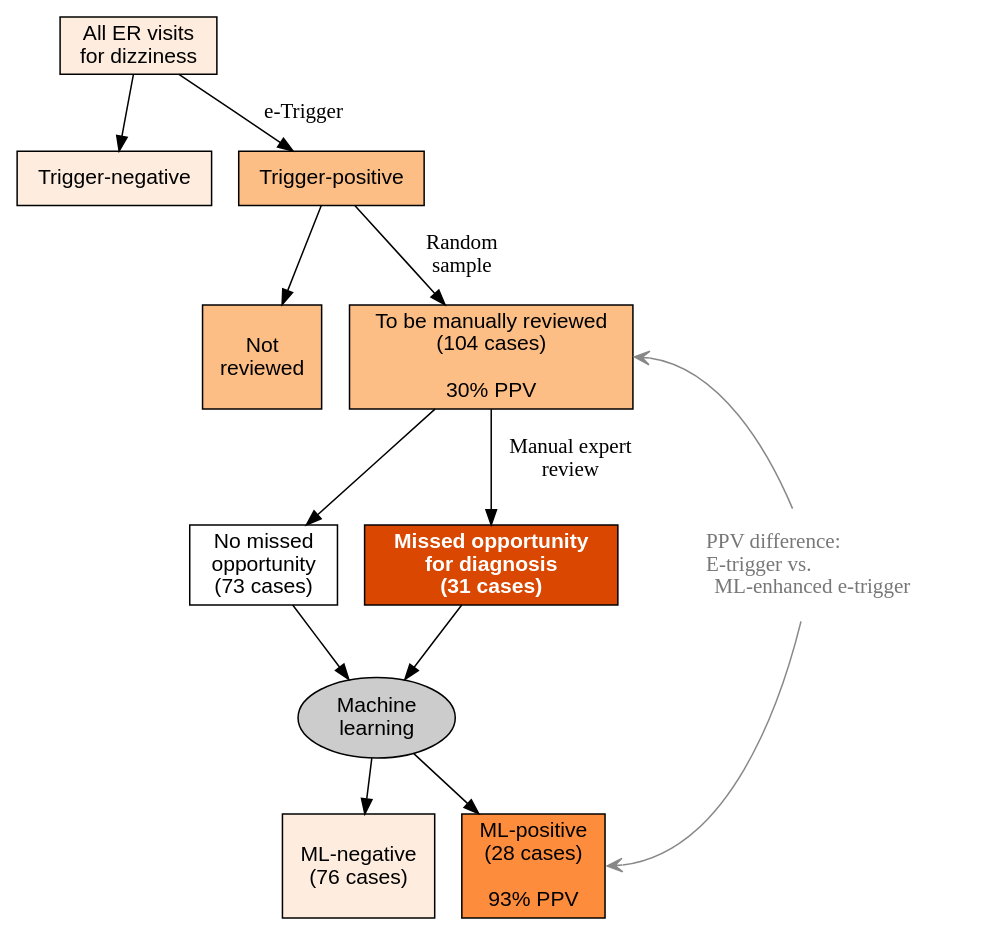
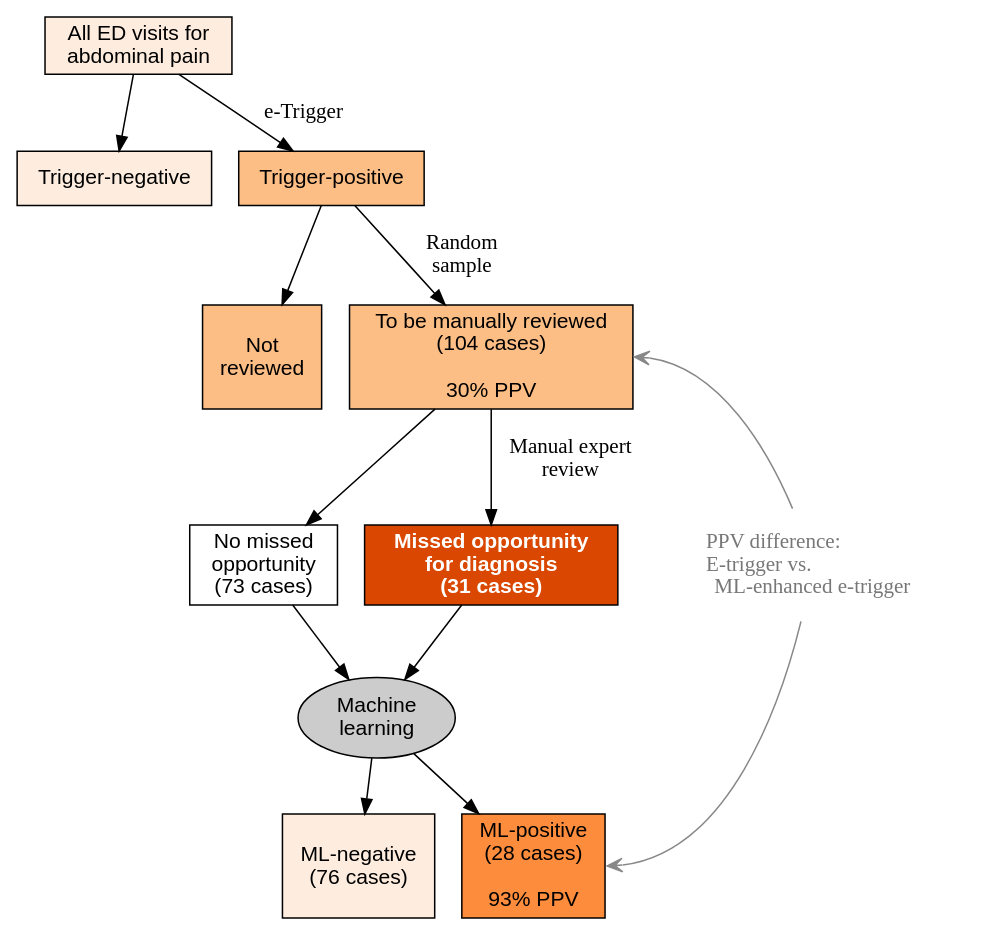
One commit to zimolzak/ml-detect-diagnostic-safety changed the diagram in AndyZimolzak/flow-colors-sparser.dot. Above: the diagram before and after it, drawn with Graphviz.

Commit message:
fix label of root node

```diff
--- a/AndyZimolzak/flow-colors-sparser.dot
+++ b/AndyZimolzak/flow-colors-sparser.dot
@@ -1,48 +1,48 @@
 digraph G {
 
 node [style = filled, fillcolor="white", fontname="Helvetica", colorscheme="oranges4"]
 
 
 
 // Nodes
 
-twentyMillion [shape="rectangle", label="All ER visits\nfor dizziness", fillcolor=1];
+twentyMillion [shape="rectangle", label="All ED visits for\nabdominal pain", fillcolor=1];
 millionsNeg   [shape="rectangle", label="Trigger-negative", fillcolor=1];
 thousands     [shape="rectangle", label="Trigger-positive", fillcolor=2];
 
 notReview [shape="rectangle" label="\nNot\nreviewed\n ", fillcolor=2];
 hundredReview [shape="rectangle", label="To be manually reviewed\n(104 cases)\n\n30% PPV", fillcolor=2];
 
 noMissedOD [shape="rectangle", label="No missed\nopportunity\n(73 cases)"];
 MissedOD   [shape="rectangle", label="Missed opportunity\nfor diagnosis\n(31 cases)", fillcolor=4, fontcolor="white", fontname="Helvetica-Bold"];
 
 mlneg [shape="rectangle", fillcolor=1, label="\nML-negative\n(76 cases)\n "];
 mlpos [shape="rectangle", fillcolor=3, label="ML-positive\n(28 cases)\n\n93% PPV"];  // color 3 is used only for ML +
 
 ML [fillcolor="#cccccc", label="Machine\nlearning"];  // The only non-rectangle
 
 
 
 
 // Edges
 
 twentyMillion -> millionsNeg;
 twentyMillion -> thousands [label="e-Trigger"];
 
 thousands -> notReview;
 thousands -> hundredReview [label="Random\nsample"];
 
 hundredReview -> noMissedOD;
 hundredReview -> MissedOD [label="Manual expert\nreview"];
 
 noMissedOD -> ML;
 MissedOD -> ML;
 
 ML -> mlneg;
 ML -> mlpos;
 
 MLImproves[penwidth=0, label="PPV difference:\l E-trigger vs.\l ML-enhanced e-trigger", fontcolor="#777777", fontname="Helvetica Italic"]
 hundredReview -> MLImproves [color="#888888", arrowtail=vee, dir=back, tailport=e]
 MLImproves -> mlpos [color="#888888", arrowhead=vee, constraint=false, headport=e]
 
 }
```
